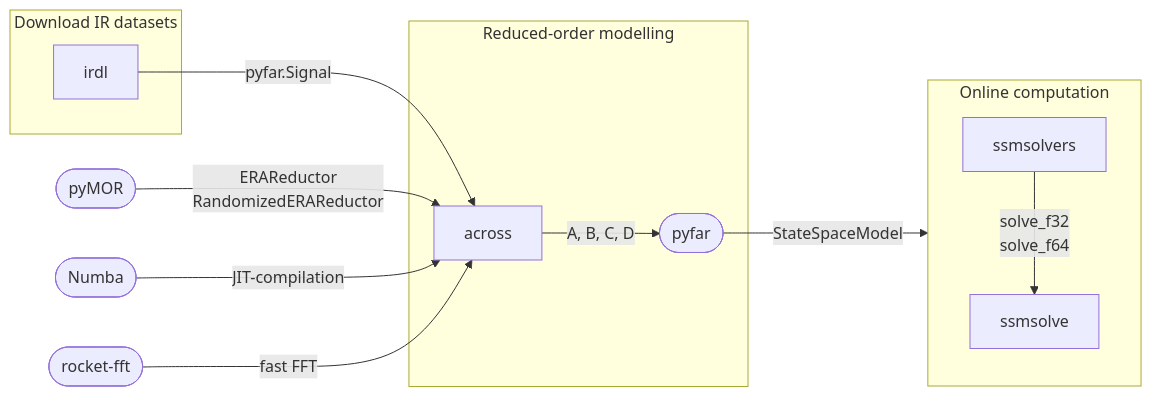
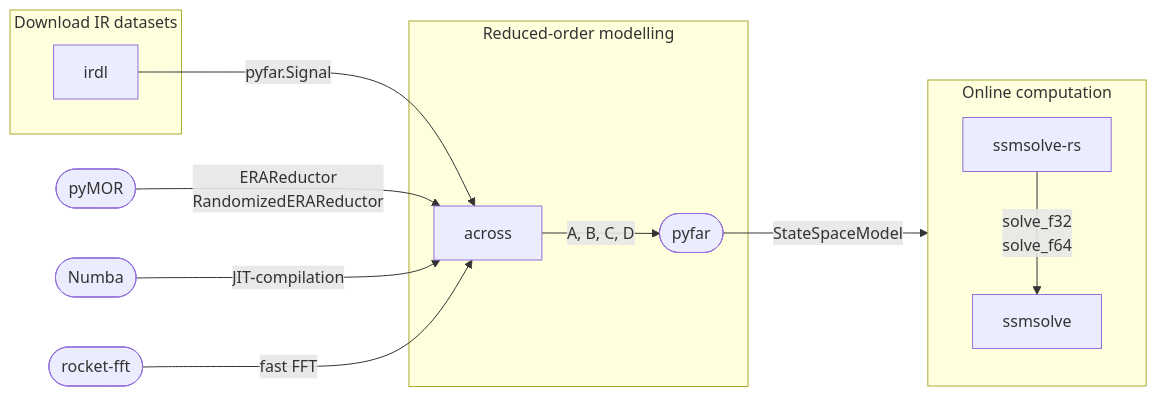
Before and after one commit to artpelling/ssm-tools: the diagram in README.md, drawn with Mermaid. The commit also changed other lines of this file and 12 other files, not shown here.

Commit message:
rename ssmsolvers → ssmsolve-rs

````diff
--- a/README.md
+++ b/README.md
@@ -25,38 +25,38 @@
 ```mermaid
 graph LR
     subgraph s1["Download IR datasets"]
         irdl["irdl"]
     end
 
     pymor([pyMOR])
     numba([Numba])
     rocket-fft([rocket-fft])
 
     subgraph s2["Reduced-order modelling"]
         across["across"]
         pyfar([pyfar])
     end
 
     subgraph s3["Online computation"]
         direction TB
-        ssmsolvers["ssmsolvers"]
+        ssmsolve-rs["ssmsolve-rs"]
         ssmsolve["ssmsolve"]
     end
 
     irdl -->|pyfar.Signal| across
     pymor -->|ERAReductor\nRandomizedERAReductor| across
     numba --> |JIT-compilation| across
     rocket-fft --> |fast FFT| across
     across -->|A, B, C, D| pyfar
     pyfar -->|StateSpaceModel| ssmsolve
-    ssmsolvers -->|solve_f32\nsolve_f64| ssmsolve
+    ssmsolve-rs -->|solve_f32\nsolve_f64| ssmsolve
 
     click across "packages/across/README.md"
     click ssmsolve "packages/ssmsolve/README.md"
-    click ssmsolvers "https://github.com/artpelling/ssmsolvers"
+    click ssmsolve-rs "packages/ssmsolve-rs/README.md"
     click irdl "https://github.com/artpelling/irdl"
     click numba "https://numba.pydata.org"
     click rocket-fft "https://github.com/styfenschaer/rocket-fft"
     click pyfar "https://pyfar.org"
     click pymor "https://pymor.org"
 ```
````
